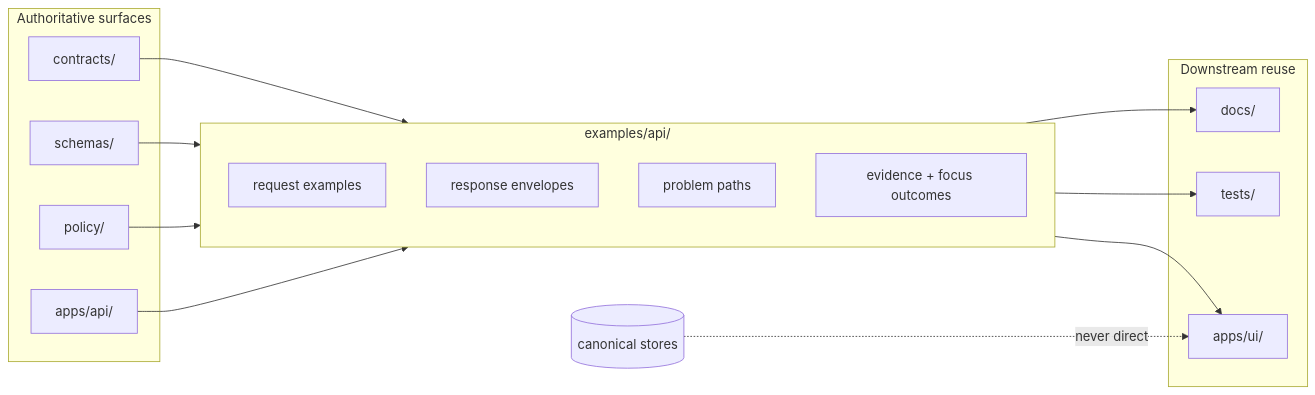
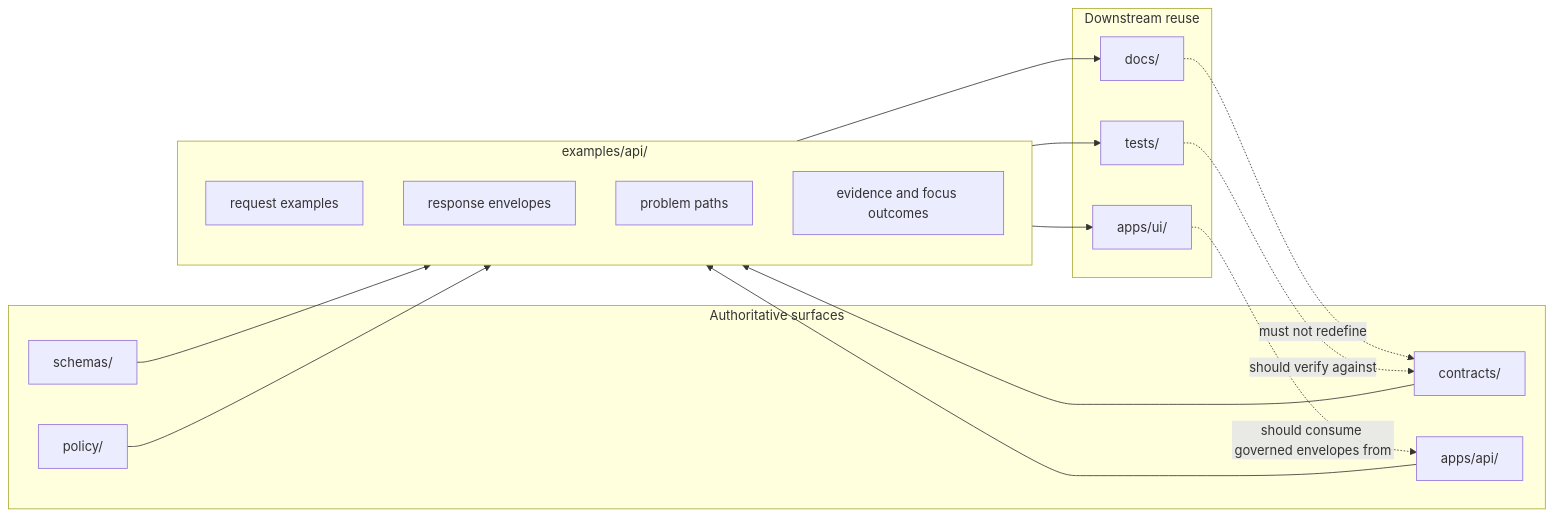
Before and after one commit to bartytime4life/Kansas-Frontier-Matrix: the diagram in examples/api/README.md, drawn with Mermaid. The commit also changed other lines of this file, not shown here.

````diff
--- a/examples/api/README.md
+++ b/examples/api/README.md
@@ -295,33 +316,35 @@
 ```mermaid
 flowchart LR
   subgraph A[Authoritative surfaces]
     C[contracts/]
     S[schemas/]
     P[policy/]
     R[apps/api/]
   end
 
   subgraph E[examples/api/]
     E1[request examples]
     E2[response envelopes]
     E3[problem paths]
-    E4[evidence + focus outcomes]
+    E4[evidence and focus outcomes]
   end
 
   subgraph D[Downstream reuse]
     D1[docs/]
     D2[tests/]
     D3[apps/ui/]
   end
-
-  STORE[(canonical stores)] -. never direct .-> D3
 
   C --> E
   S --> E
   P --> E
   R --> E
 
   E --> D1
   E --> D2
   E --> D3
+
+  D1 -. must not redefine .-> C
+  D2 -. should verify against .-> C
+  D3 -. should consume governed envelopes from .-> R
 ```
````
